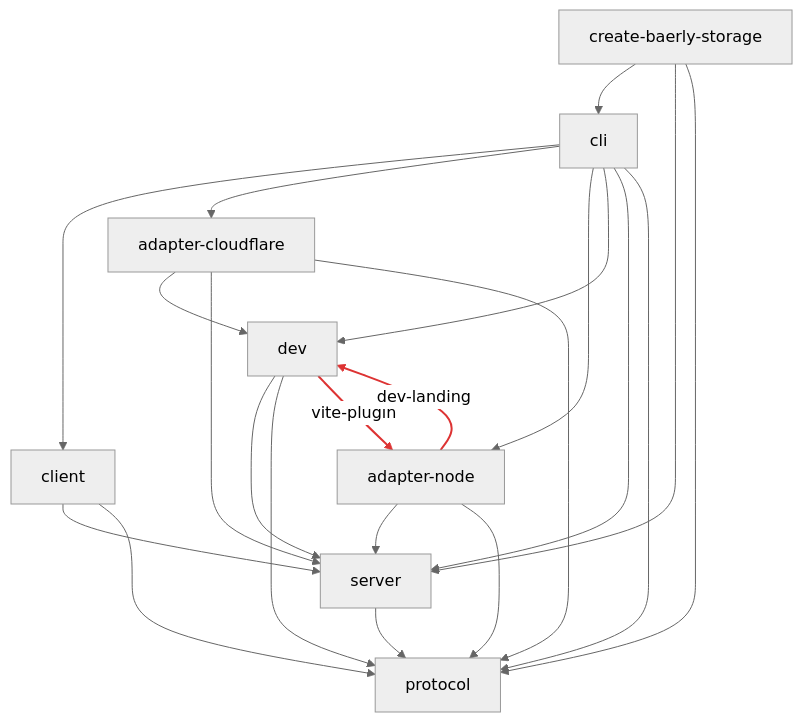
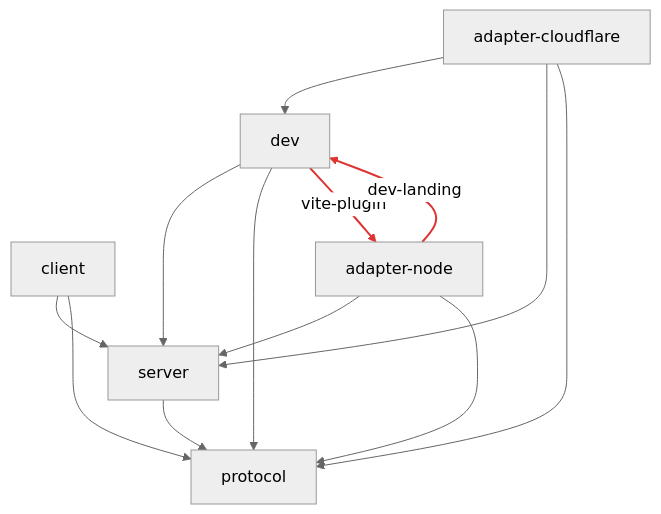
Before and after one commit to Gusto/baerly-storage: the third of 4 diagrams in docs/architecture.md, drawn with Mermaid (neutral theme). The commit also changed other lines of this file, not shown here.

Commit message:
docs: trim package-layers diagram to the portability core
The Package layers diagram duplicated all 21 import edges the table
already enumerates, and the table is the declared source of truth (and
the lint's executable mirror). Drop the two top-of-stack consumer nodes,
cli and create-baerly-storage — they import broadly almost by definition
and contributed 9 edges without changing the shape.

What remains is the 6-node portability core (protocol leaf up through
the adapters/client) and the cordoned dev <-> adapter-node cycle, which
is the one relationship the table can't show as a cycle. Fix the
linkStyle indices (19,20 -> 10,11) so the red highlight still lands on
the cycle edges, and add a caption pointing at the table as the complete
edge set.

verify:docs passes (mermaid parses clean).

````diff
--- a/docs/architecture.md
+++ b/docs/architecture.md
@@ -223,42 +223,29 @@
 ```mermaid
 flowchart TD
-    create["create-baerly-storage"]
-    cli["cli"]
     client["client"]
     adapterCf["adapter-cloudflare"]
     adapterNode["adapter-node"]
     dev["dev"]
     server["server"]
     protocol["protocol"]
-
-    create --> cli
-    create --> server
-    create --> protocol
-
-    cli --> client
-    cli --> adapterCf
-    cli --> adapterNode
-    cli --> dev
-    cli --> server
-    cli --> protocol
 
     client --> server
     client --> protocol
 
     adapterCf --> dev
     adapterCf --> server
     adapterCf --> protocol
 
     adapterNode --> server
     adapterNode --> protocol
 
     dev --> server
     dev --> protocol
 
     server --> protocol
 
     dev -->|vite-plugin| adapterNode
     adapterNode -->|dev-landing| dev
 
-    linkStyle 19,20 stroke:#d33,stroke-width:2px
+    linkStyle 10,11 stroke:#d33,stroke-width:2px
 ```
````
